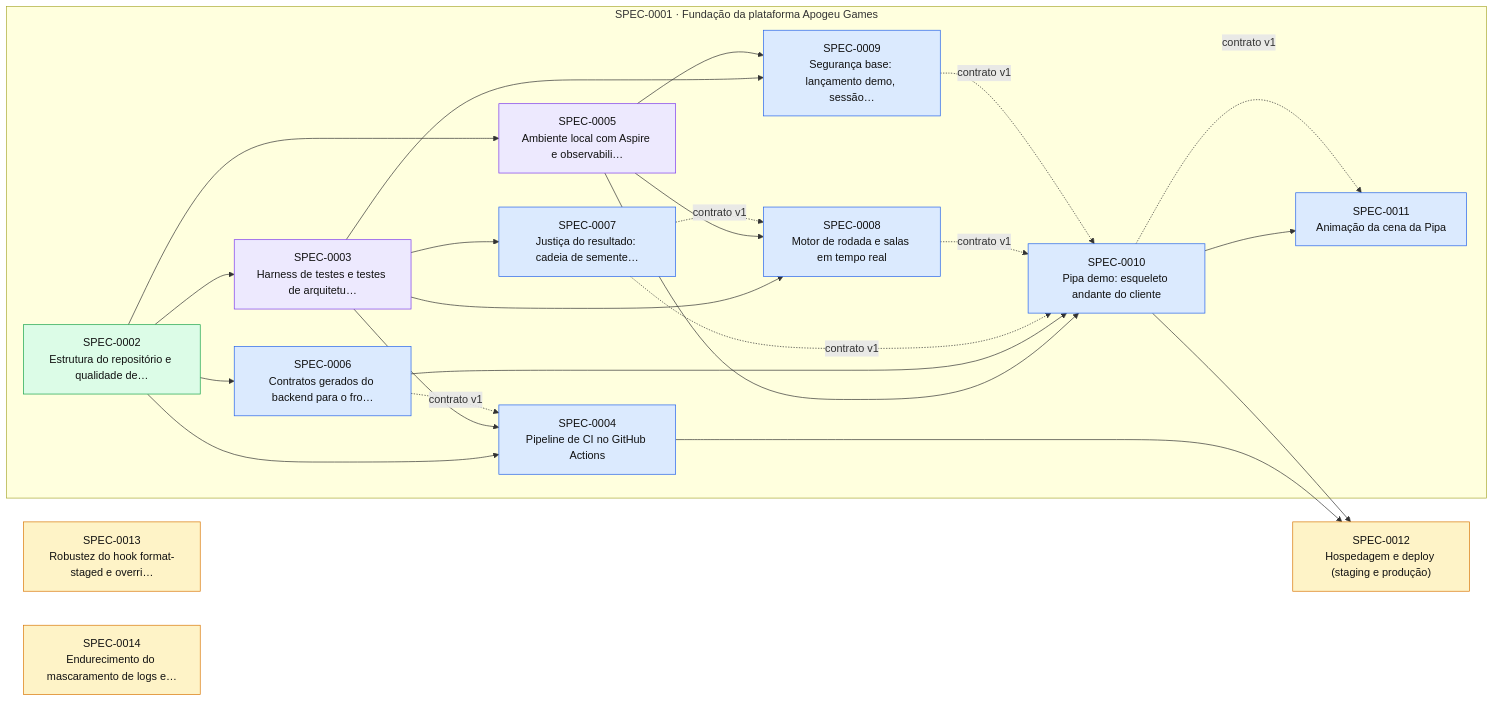
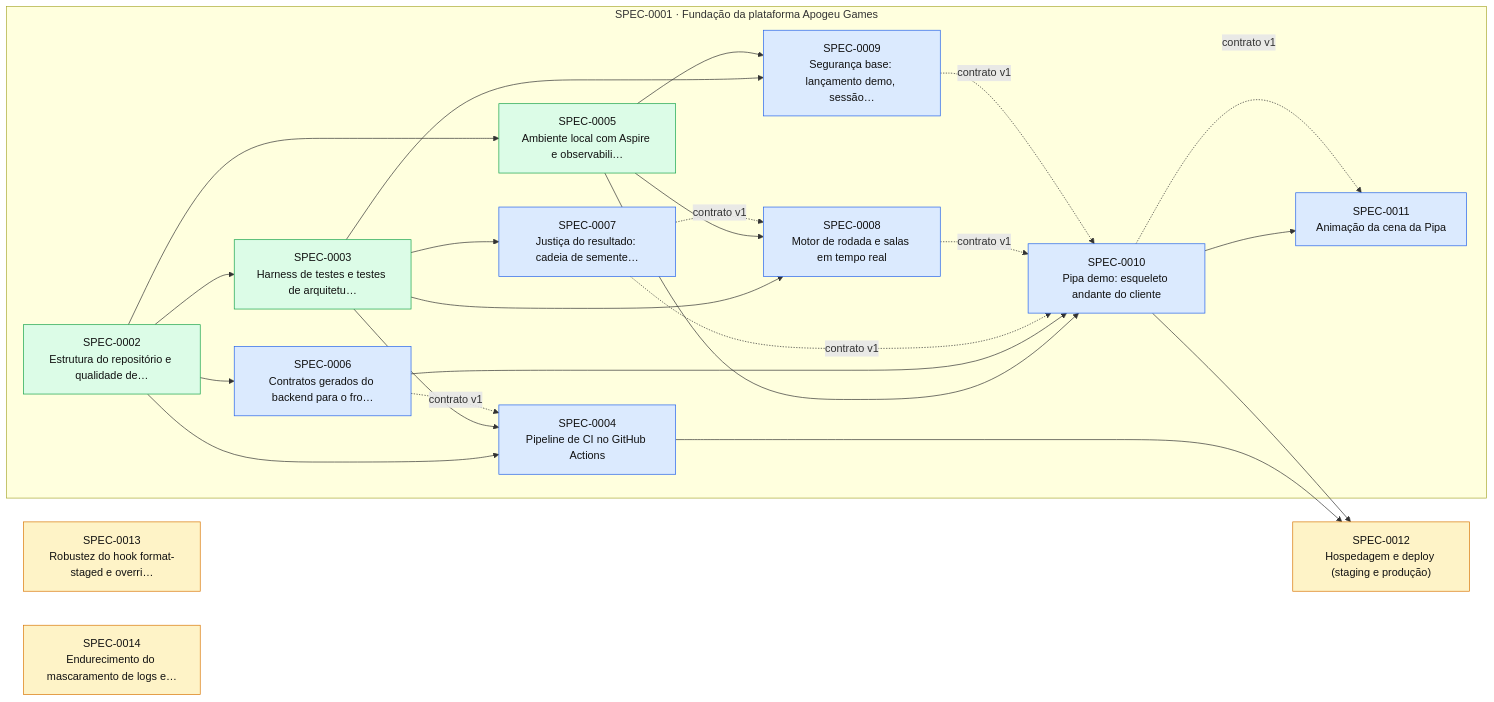
Before and after one commit to thomasravache/crash-games-provider: the diagram in docs/specs/INDEX.md, drawn with Mermaid. The commit also changed other lines of this file and 2 other files, not shown here.

First line of the commit message:
docs(sdd): G7 da onda 2 (SPEC-0003, SPEC-0005)

````diff
--- a/docs/specs/INDEX.md
+++ b/docs/specs/INDEX.md
@@ -71,44 +69,44 @@
 ```mermaid
 flowchart LR
   S0012["SPEC-0012<br/>Hospedagem e deploy (staging e produção)"]:::proposed
   S0013["SPEC-0013<br/>Robustez do hook format-staged e overri…"]:::proposed
   S0014["SPEC-0014<br/>Endurecimento do mascaramento de logs e…"]:::proposed
   subgraph E0001["SPEC-0001 · Fundação da plataforma Apogeu Games"]
     S0002["SPEC-0002<br/>Estrutura do repositório e qualidade de…"]:::implemented
-    S0003["SPEC-0003<br/>Harness de testes e testes de arquitetu…"]:::inprogress
+    S0003["SPEC-0003<br/>Harness de testes e testes de arquitetu…"]:::implemented
     S0004["SPEC-0004<br/>Pipeline de CI no GitHub Actions"]:::approved
-    S0005["SPEC-0005<br/>Ambiente local com Aspire e observabili…"]:::inprogress
+    S0005["SPEC-0005<br/>Ambiente local com Aspire e observabili…"]:::implemented
     S0006["SPEC-0006<br/>Contratos gerados do backend para o fro…"]:::approved
     S0007["SPEC-0007<br/>Justiça do resultado: cadeia de semente…"]:::approved
     S0008["SPEC-0008<br/>Motor de rodada e salas em tempo real"]:::approved
     S0009["SPEC-0009<br/>Segurança base: lançamento demo, sessão…"]:::approved
     S0010["SPEC-0010<br/>Pipa demo: esqueleto andante do cliente"]:::approved
     S0011["SPEC-0011<br/>Animação da cena da Pipa"]:::approved
   end
   S0002 --> S0003
   S0002 --> S0004
   S0003 --> S0004
   S0006 -. contrato v1 .-> S0004
   S0002 --> S0005
   S0002 --> S0006
   S0003 --> S0007
   S0003 --> S0008
   S0005 --> S0008
   S0007 -. contrato v1 .-> S0008
   S0003 --> S0009
   S0005 --> S0009
   S0005 --> S0010
   S0006 --> S0010
   S0007 -. contrato v1 .-> S0010
   S0008 -. contrato v1 .-> S0010
   S0009 -. contrato v1 .-> S0010
   S0010 --> S0011
   S0010 -. contrato v1 .-> S0011
   S0004 --> S0012
   S0010 --> S0012
   classDef proposed fill:#fef3c7,stroke:#d97706,color:#111
   classDef approved fill:#dbeafe,stroke:#2563eb,color:#111
   classDef inprogress fill:#ede9fe,stroke:#7c3aed,color:#111
   classDef implemented fill:#dcfce7,stroke:#16a34a,color:#111
   classDef deprecated fill:#f3f4f6,stroke:#9ca3af,color:#6b7280
 ```
````
